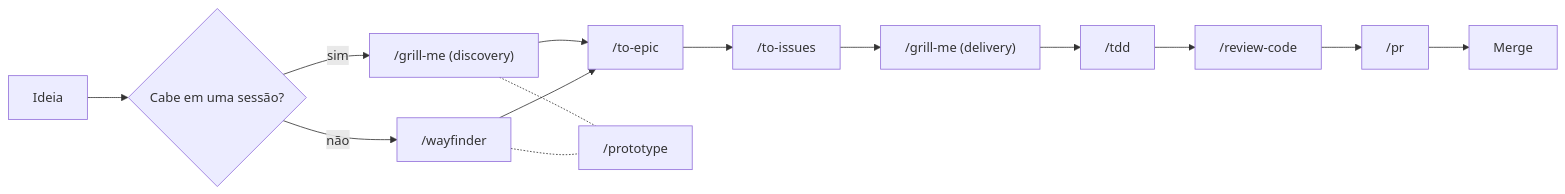
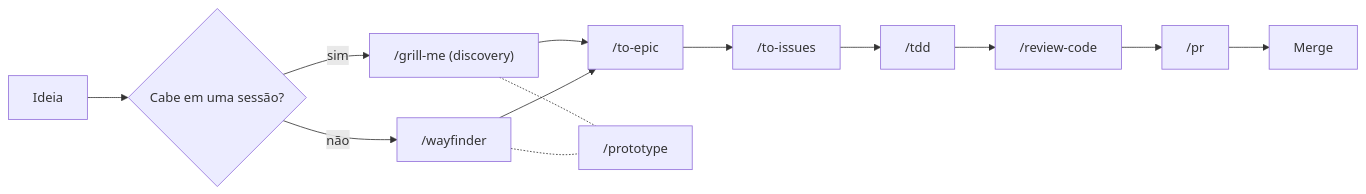
One commit to Franco904/skills changed the diagram in README.md. Above: the diagram before and after it, drawn with Mermaid. The commit also changed other lines of this file and 2 other files, not shown here.

````diff
--- a/README.md
+++ b/README.md
@@ -35,17 +35,16 @@
 ```mermaid
 flowchart LR
     A[Ideia] --> Z{Cabe em uma sessão?}
     Z -- sim --> B["/grill-me (discovery)"]
     Z -- não --> W["/wayfinder"]
     B --> C["/to-epic"]
     C --> D["/to-issues"]
     W --> C
-    D --> E["/grill-me (delivery)"]
-    E --> G["/tdd"]
+    D --> G["/tdd"]
     G --> I["/review-code"]
     I --> J["/pr"]
     J --> K[Merge]
 
     B -.- P["/prototype"]
     W -.- P
 ```
````
